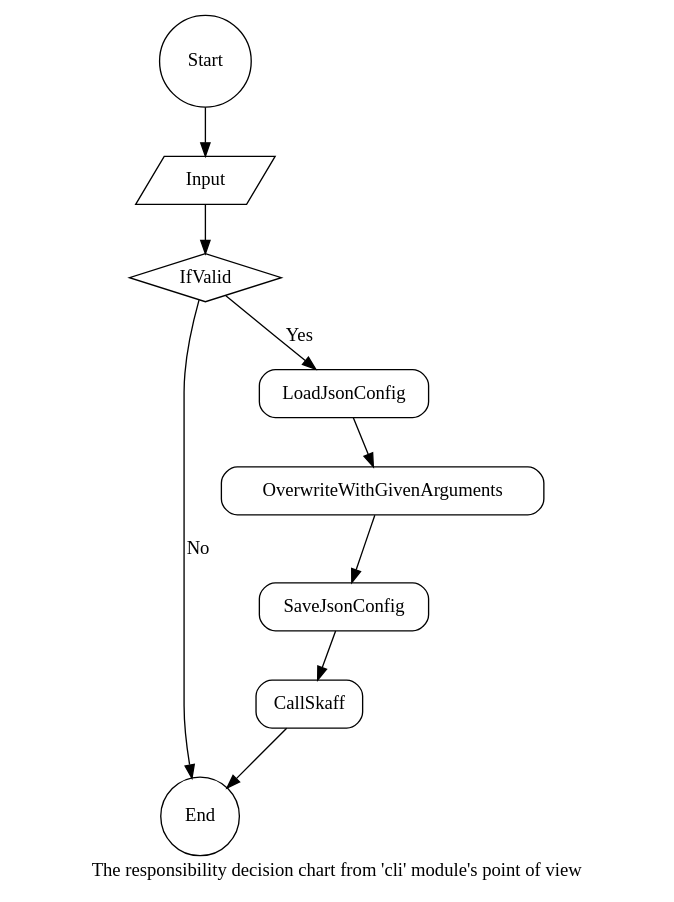
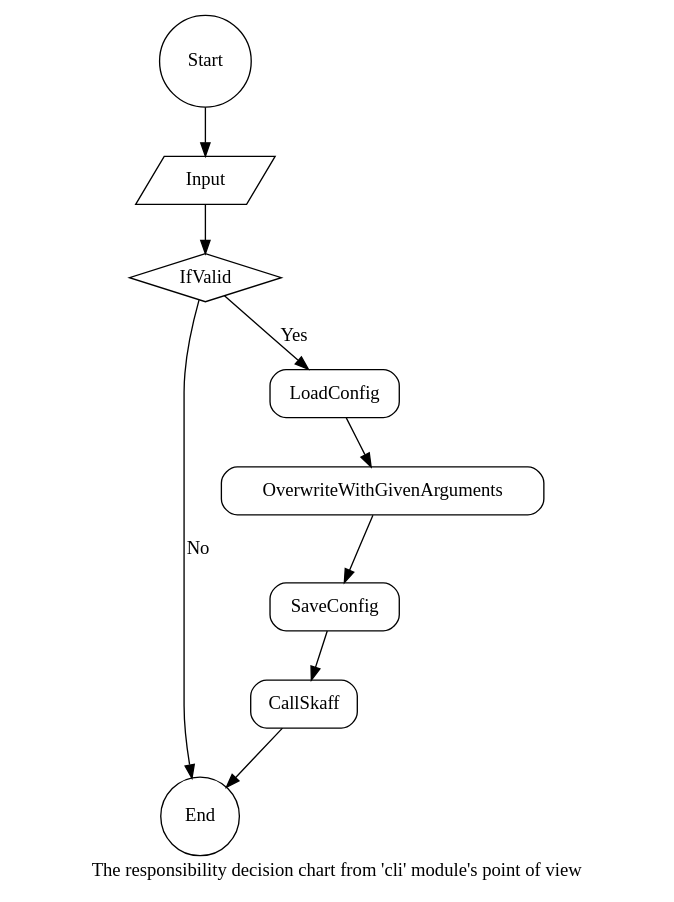
One commit to jhxie/skaff changed the diagram in doc/source/img/cli.dot. Above: the diagram before and after it, drawn with Graphviz. The commit also changed 20 other files, not shown here.

```diff
--- a/doc/source/img/cli.dot
+++ b/doc/source/img/cli.dot
@@ -1,18 +1,18 @@
 digraph {
     label="The responsibility decision chart from 'cli' module's point of view"
 
     Start[shape="circle"];
     End[shape="circle"];
     Input[shape="parallelogram", style=""];
     IfValid[shape="diamond", style=""];
     CallSkaff[shape="box", style="rounded"];
-    LoadJsonConfig[shape="box", style="rounded"];
-    SaveJsonConfig[shape="box", style="rounded"];
+    LoadConfig[shape="box", style="rounded"];
+    SaveConfig[shape="box", style="rounded"];
     OverwriteWithGivenArguments[shape="box", style="rounded"];
 
     Start -> Input -> IfValid;
-    IfValid -> LoadJsonConfig[label="Yes"];
+    IfValid -> LoadConfig[label="Yes"];
     IfValid -> End[label="No"];
-    LoadJsonConfig -> OverwriteWithGivenArguments;
-    OverwriteWithGivenArguments -> SaveJsonConfig -> CallSkaff -> End;
+    LoadConfig -> OverwriteWithGivenArguments;
+    OverwriteWithGivenArguments -> SaveConfig -> CallSkaff -> End;
 }
```
